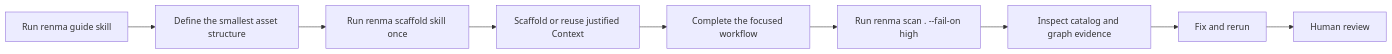
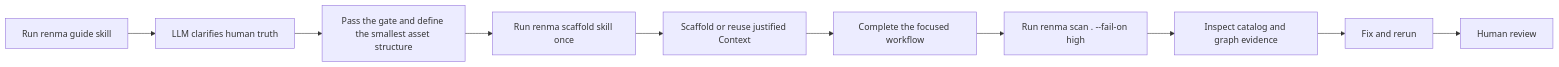
Before and after one commit to KazuCocoa/renma: the first of 2 diagrams in docs/user-manual.md, drawn with Mermaid. The commit also changed other lines of this file and 16 other files, not shown here.

````diff
--- a/docs/user-manual.md
+++ b/docs/user-manual.md
@@ -232,11 +243,12 @@
 ```mermaid
 flowchart LR
-  Guide["Run renma guide skill"] --> Structure["Define the smallest asset structure"]
+  Guide["Run renma guide skill"] --> Clarify["LLM clarifies human truth"]
+  Clarify --> Structure["Pass the gate and define the smallest asset structure"]
   Structure --> Scaffold["Run renma scaffold skill once"]
   Scaffold --> Context["Scaffold or reuse justified Context"]
   Context --> Complete["Complete the focused workflow"]
   Complete --> Validate["Run renma scan . --fail-on high"]
   Validate --> Evidence["Inspect catalog and graph evidence"]
   Evidence --> Fix["Fix and rerun"]
   Fix --> Review["Human review"]
 ```
````
